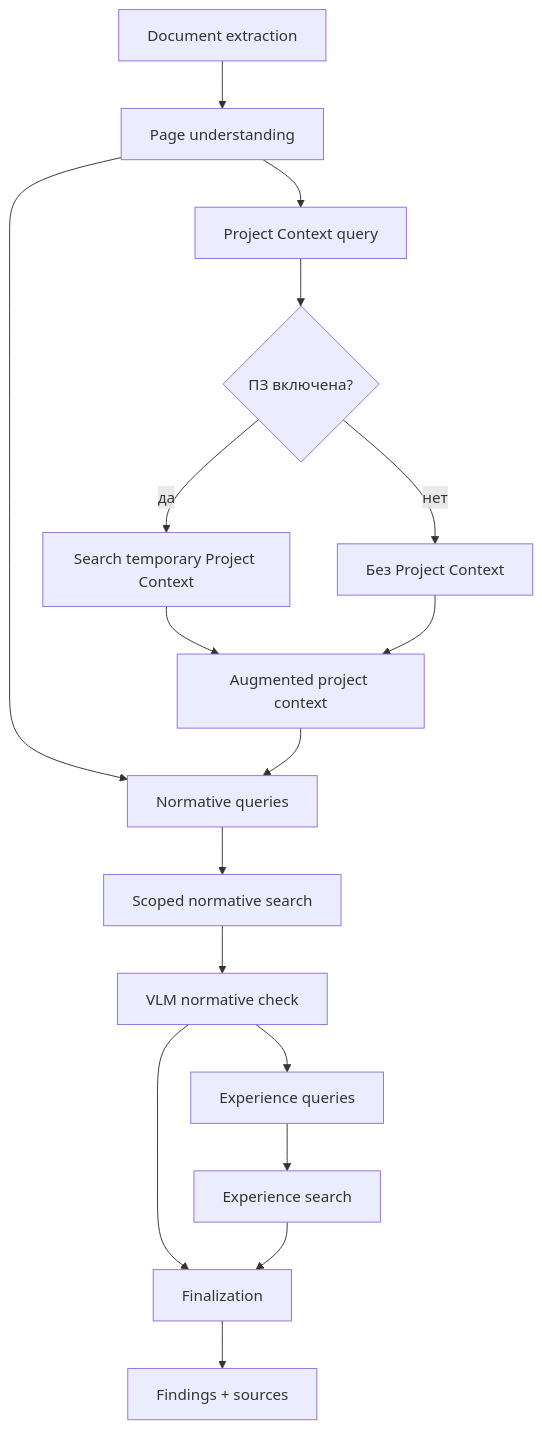
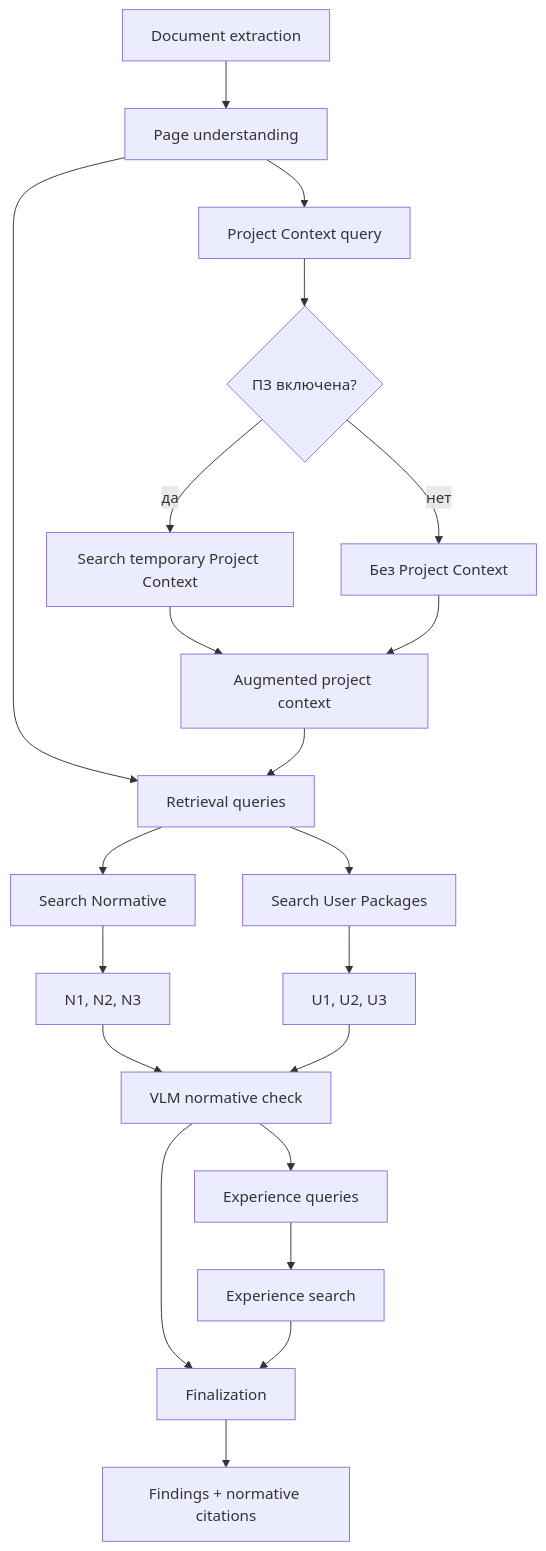
The third of 9 diagrams in README.md (Amadu-A/PDRD-validation), drawn with Mermaid before and after one commit. The commit also changed other lines of this file and 37 other files, not shown here.

````diff
--- a/README.md
+++ b/README.md
@@ -169,24 +178,30 @@
 ```mermaid
 flowchart TD
-    DOC[Document extraction] --> FACTS[Page understanding]
-    FACTS --> PZQ[Project Context query]
+    DOC["Document extraction"] --> FACTS["Page understanding"]
 
-    PZQ --> PZ{ПЗ включена?}
-    PZ -->|да| PZS[Search temporary Project Context]
-    PZ -->|нет| EMPTY[Без Project Context]
-
-    PZS --> AUG[Augmented project context]
+    FACTS --> PZQ["Project Context query"]
+    PZQ --> PZ{"ПЗ включена?"}
+    PZ -->|да| PZS["Search temporary Project Context"]
+    PZ -->|нет| EMPTY["Без Project Context"]
+    PZS --> AUG["Augmented project context"]
     EMPTY --> AUG
 
-    FACTS --> NQ[Normative queries]
-    AUG --> NQ
-    NQ --> NS[Scoped normative search]
-    NS --> CHECK[VLM normative check]
+    FACTS --> Q["Retrieval queries"]
+    AUG --> Q
 
-    CHECK --> EQ[Experience queries]
-    EQ --> ES[Experience search]
+    Q --> NS["Search Normative"]
+    Q --> US["Search User Packages"]
 
-    CHECK --> FINAL[Finalization]
+    NS --> NCTX["N1, N2, N3"]
+    US --> UCTX["U1, U2, U3"]
+
+    NCTX --> CHECK["VLM normative check"]
+    UCTX --> CHECK
+
+    CHECK --> EQ["Experience queries"]
+    EQ --> ES["Experience search"]
+
+    CHECK --> FINAL["Finalization"]
     ES --> FINAL
-    FINAL --> RESULT[Findings + sources]
+    FINAL --> RESULT["Findings + normative citations"]
 ```
````
